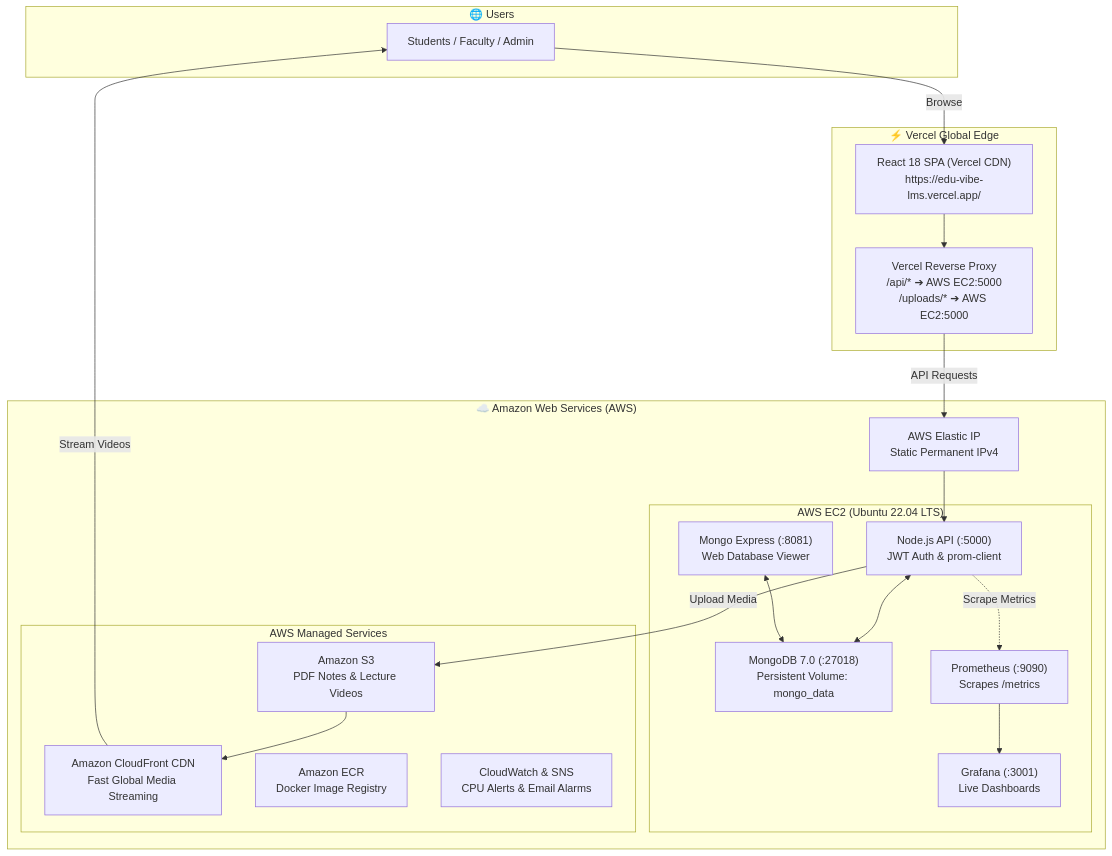
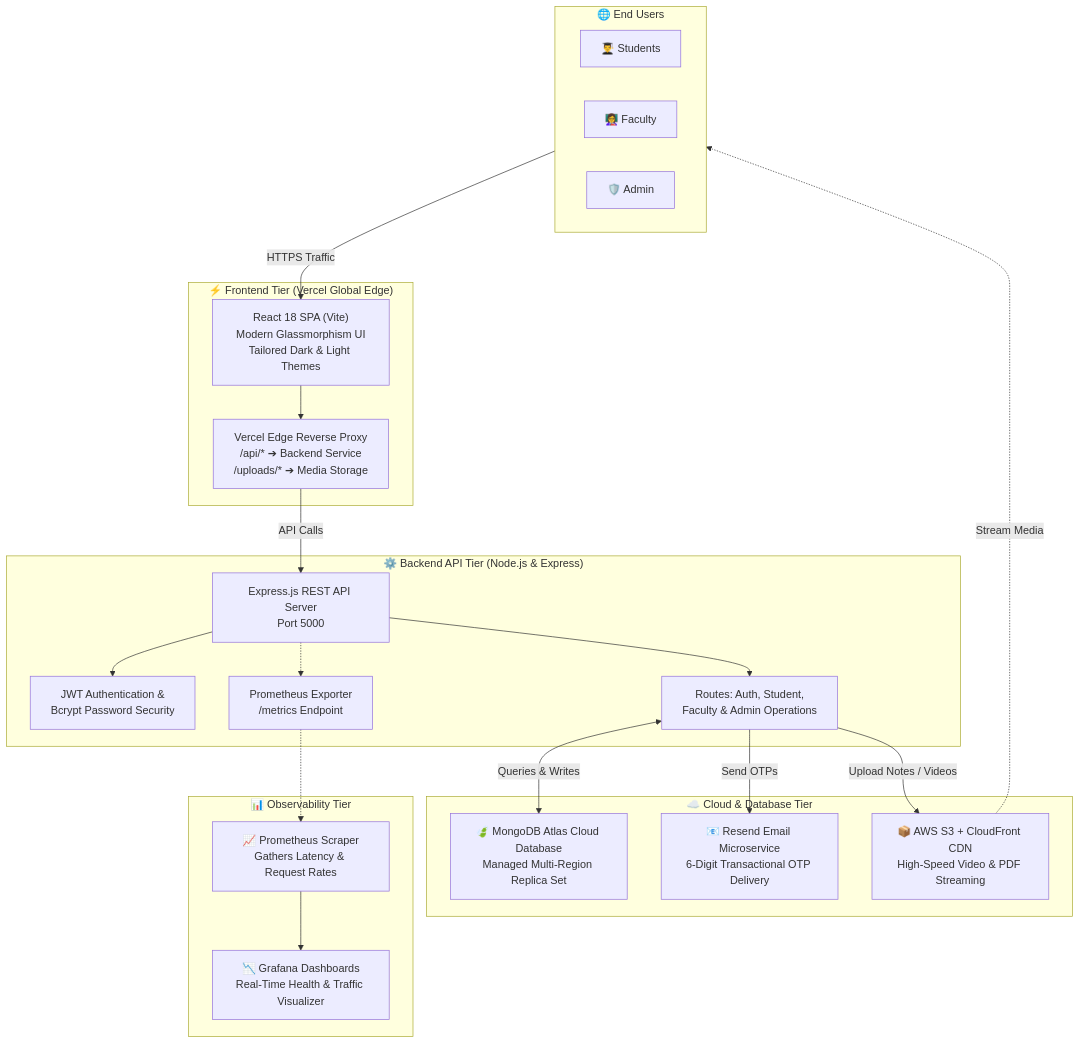
The first of 3 diagrams in README.md (ajaygangwar945/EduVibe-LMS), drawn with Mermaid before and after one commit. The commit also changed other lines of this file, not shown here.

Commit message:
docs: rewrite README in simple language with comprehensive architecture diagrams

````diff
--- a/README.md
+++ b/README.md
@@ -57,42 +51,44 @@
 ```mermaid
 flowchart TD
-    subgraph Users["🌐 Users"]
-        U["Students / Faculty / Admin"]
+    subgraph Clients["🌐 End Users"]
+        Student["👨‍🎓 Students"]
+        Faculty["👩‍🏫 Faculty"]
+        Admin["🛡️ Admin"]
     end
 
-    subgraph Edge["⚡ Vercel Global Edge"]
-        Vercel["React 18 SPA (Vercel CDN)<br/>https://edu-vibe-lms.vercel.app/"]
-        Rewrite["Vercel Reverse Proxy<br/>/api/* ➔ AWS EC2:5000<br/>/uploads/* ➔ AWS EC2:5000"]
+    subgraph FrontendTier["⚡ Frontend Tier (Vercel Global Edge)"]
+        SPA["React 18 SPA (Vite)<br/>Modern Glassmorphism UI<br/>Tailored Dark & Light Themes"]
+        Proxy["Vercel Edge Reverse Proxy<br/>/api/* ➔ Backend Service<br/>/uploads/* ➔ Media Storage"]
     end
 
-    subgraph AWS["☁️ Amazon Web Services (AWS)"]
-        EIP["AWS Elastic IP<br/>Static Permanent IPv4"]
-        
-        subgraph EC2["AWS EC2 (Ubuntu 22.04 LTS)"]
-            BE["Node.js API (:5000)<br/>JWT Auth & prom-client"]
-            DB["MongoDB 7.0 (:27018)<br/>Persistent Volume: mongo_data"]
-            ME["Mongo Express (:8081)<br/>Web Database Viewer"]
-            PROM["Prometheus (:9090)<br/>Scrapes /metrics"]
-            GRAF["Grafana (:3001)<br/>Live Dashboards"]
-        end
-
-        subgraph Managed["AWS Managed Services"]
-            S3["Amazon S3<br/>PDF Notes & Lecture Videos"]
-            CF["Amazon CloudFront CDN<br/>Fast Global Media Streaming"]
-            ECR["Amazon ECR<br/>Docker Image Registry"]
-            CW["CloudWatch & SNS<br/>CPU Alerts & Email Alarms"]
-        end
+    subgraph BackendTier["⚙️ Backend API Tier (Node.js & Express)"]
+        API["Express.js REST API Server<br/>Port 5000"]
+        Auth["JWT Authentication &<br/>Bcrypt Password Security"]
+        Routes["Routes: Auth, Student,<br/>Faculty & Admin Operations"]
+        Metrics["Prometheus Exporter<br/>/metrics Endpoint"]
     end
 
-    U -->|Browse| Vercel
-    Vercel --> Rewrite
-    Rewrite -->|API Requests| EIP
-    EIP --> BE
-    BE <--> DB
-    ME <--> DB
-    BE -->|Upload Media| S3
-    S3 --> CF
-    CF -->|Stream Videos| U
-    BE -.->|Scrape Metrics| PROM
-    PROM --> GRAF
+    subgraph CloudServices["☁️ Cloud & Database Tier"]
+        Mongo["🍃 MongoDB Atlas Cloud Database<br/>Managed Multi-Region Replica Set"]
+        Resend["📧 Resend Email Microservice<br/>6-Digit Transactional OTP Delivery"]
+        S3["📦 AWS S3 + CloudFront CDN<br/>High-Speed Video & PDF Streaming"]
+    end
+
+    subgraph MonitoringTier["📊 Observability Tier"]
+        Prom["📈 Prometheus Scraper<br/>Gathers Latency & Request Rates"]
+        Graf["📉 Grafana Dashboards<br/>Real-Time Health & Traffic Visualizer"]
+    end
+
+    Clients -->|HTTPS Traffic| SPA
+    SPA --> Proxy
+    Proxy -->|API Calls| API
+    API --> Auth
+    API --> Routes
+    Routes <-->|Queries & Writes| Mongo
+    Routes -->|Send OTPs| Resend
+    Routes -->|Upload Notes / Videos| S3
+    S3 -.->|Stream Media| Clients
+    API -.-> Metrics
+    Metrics -.-> Prom
+    Prom --> Graf
 ```
````
